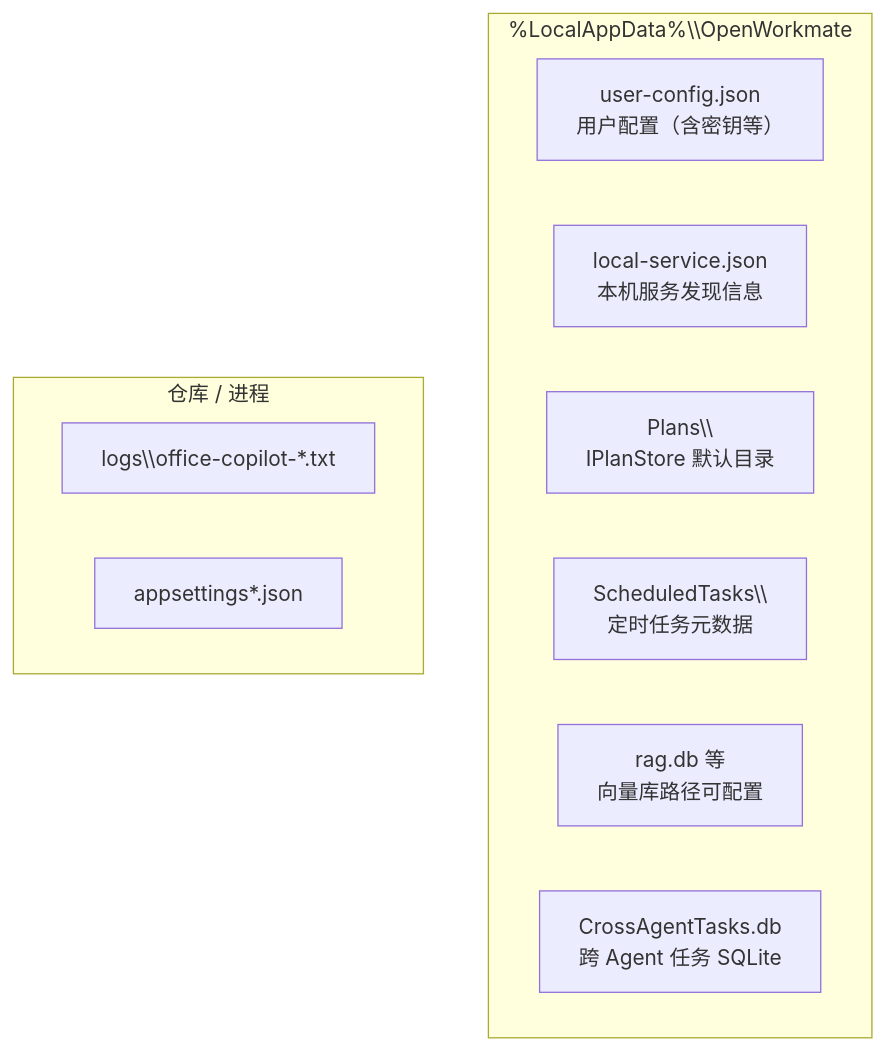
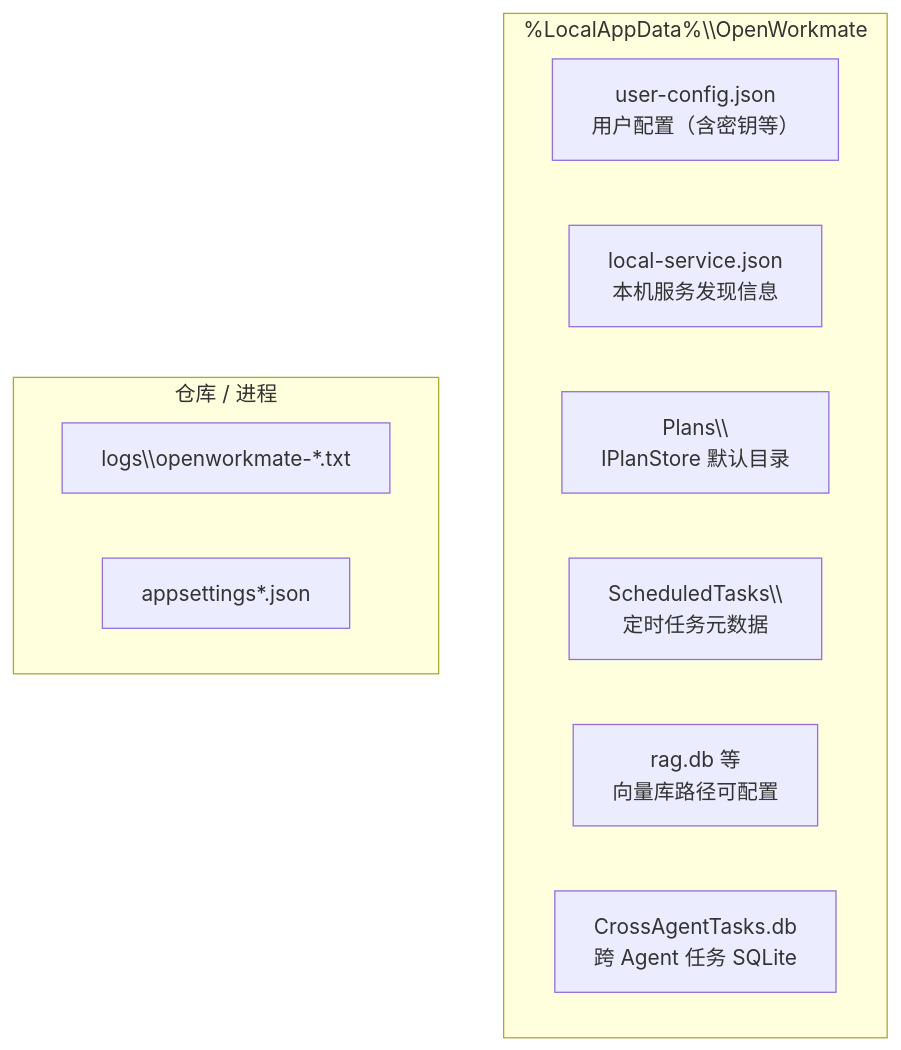
The seventh of 10 diagrams in docs/architecture-dimensions.md (torsilver/OpenWorkmate), drawn with Mermaid before and after one commit. The commit also changed 7 other files, not shown here.

````diff
--- a/docs/architecture-dimensions.md
+++ b/docs/architecture-dimensions.md
@@ -197,16 +197,16 @@
 ```mermaid
 flowchart TB
   subgraph appdata["%LocalAppData%\\OpenWorkmate"]
     UC["user-config.json<br/>用户配置（含密钥等）"]
     LS["local-service.json<br/>本机服务发现信息"]
     PLANS["Plans\\<br/>IPlanStore 默认目录"]
     ST["ScheduledTasks\\<br/>定时任务元数据"]
     RAG["rag.db 等<br/>向量库路径可配置"]
     CAT["CrossAgentTasks.db<br/>跨 Agent 任务 SQLite"]
   end
 
   subgraph repo2["仓库 / 进程"]
-    LOGS["logs\\office-copilot-*.txt"]
+    LOGS["logs\\openworkmate-*.txt"]
     APPSET["appsettings*.json"]
   end
 ```
````
